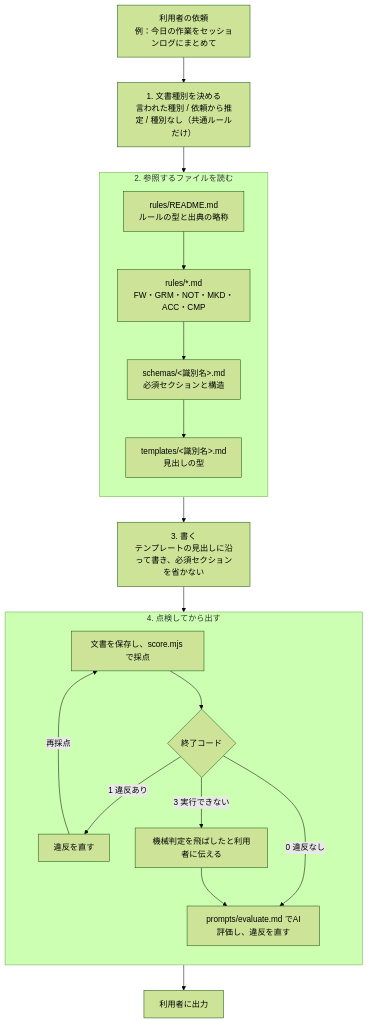
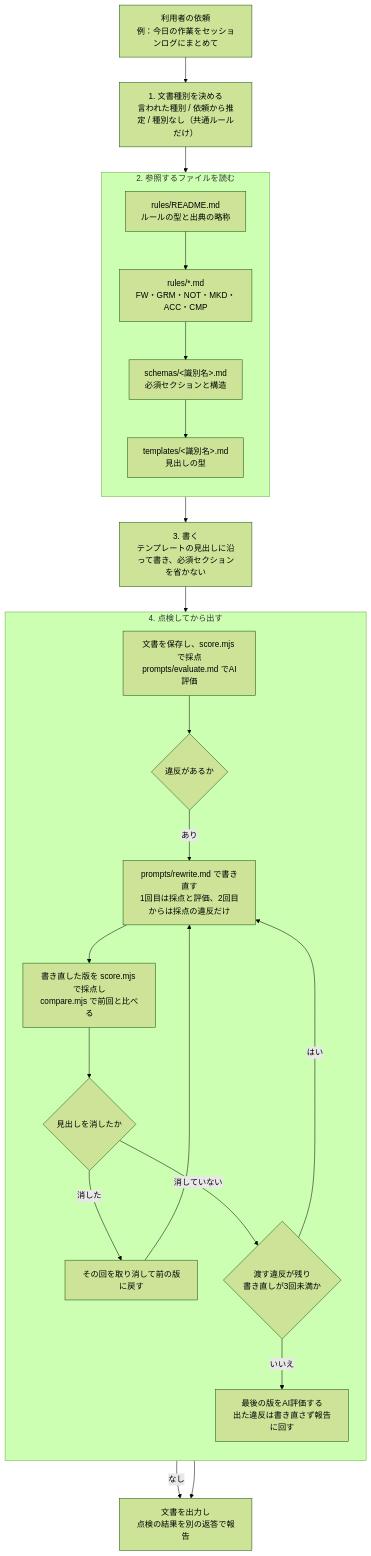
One commit to knk1313/docs-rules changed the second of 2 diagrams in docs/architecture.md. Above: the diagram before and after it, drawn with Mermaid (forest theme). The commit also changed 10 other files, not shown here.

````diff
--- a/docs/architecture.md
+++ b/docs/architecture.md
@@ -22,31 +22,37 @@
 ```mermaid
 flowchart TD
     S["利用者の依頼<br>例：今日の作業をセッションログにまとめて"]
     S --> T1["1. 文書種別を決める<br>言われた種別 / 依頼から推定 / 種別なし（共通ルールだけ）"]
     T1 --> T2
     subgraph T2["2. 参照するファイルを読む"]
         direction TB
         R0["rules/README.md<br>ルールの型と出典の略称"]
         R1["rules/*.md<br>FW・GRM・NOT・MKD・ACC・CMP"]
         R2["schemas/&lt;識別名&gt;.md<br>必須セクションと構造"]
         R3["templates/&lt;識別名&gt;.md<br>見出しの型"]
         R0 --> R1 --> R2 --> R3
     end
     T2 --> T3["3. 書く<br>テンプレートの見出しに沿って書き、必須セクションを省かない"]
     T3 --> T4
     subgraph T4["4. 点検してから出す"]
         direction TB
-        P1["文書を保存し、score.mjs で採点"]
-        P2{"終了コード"}
-        P3["違反を直す"]
-        P4["機械判定を飛ばしたと利用者に伝える"]
-        P5["prompts/evaluate.md でAI評価し、違反を直す"]
+        P1["文書を保存し、score.mjs で採点<br>prompts/evaluate.md でAI評価"]
+        P2{"違反があるか"}
+        P3["prompts/rewrite.md で書き直す<br>1回目は採点と評価、2回目からは採点の違反だけ"]
+        P4["書き直した版を score.mjs で採点し<br>compare.mjs で前回と比べる"]
+        P5{"見出しを消したか"}
+        P6["その回を取り消して前の版に戻す"]
+        P7{"渡す違反が残り<br>書き直しが3回未満か"}
+        P8["最後の版をAI評価する<br>出た違反は書き直さず報告に回す"]
         P1 --> P2
-        P2 -->|1 違反あり| P3
-        P3 -->|再採点| P1
-        P2 -->|0 違反なし| P5
-        P2 -->|3 実行できない| P4
-        P4 --> P5
+        P2 -->|あり| P3
+        P3 --> P4 --> P5
+        P5 -->|消した| P6
+        P6 --> P3
+        P5 -->|消していない| P7
+        P7 -->|はい| P3
+        P7 -->|いいえ| P8
     end
-    T4 --> OUT["利用者に出力"]
+    P2 -->|なし| OUT
+    P8 --> OUT["文書を出力し<br>点検の結果を別の返答で報告"]
 ```
````
